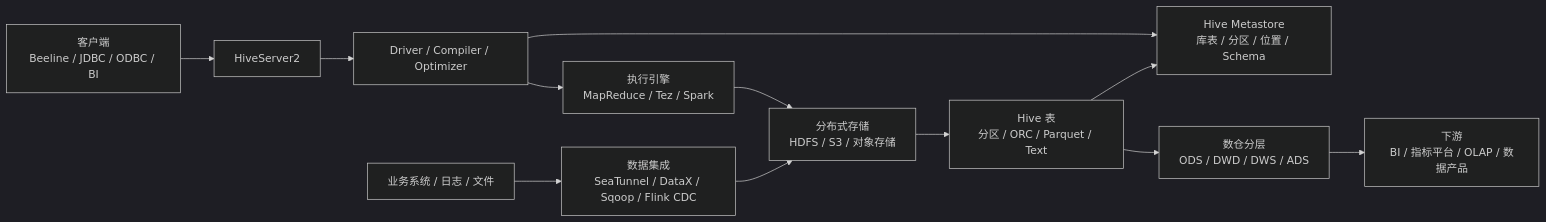
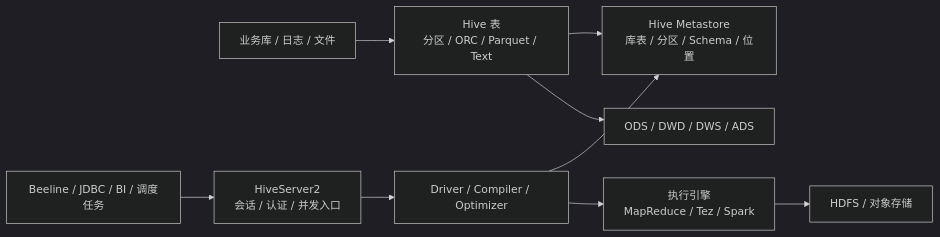
The diagram in 03_数据工程与数仓/0302_离线数仓/030202_Hive/AGENTS.md (cooker-code/knowledge), drawn with Mermaid (dark theme) before and after one commit. The commit also changed other lines of this file and 6048 other files, not shown here.

````diff
--- a/03_数据工程与数仓/0302_离线数仓/030202_Hive/AGENTS.md
+++ b/03_数据工程与数仓/0302_离线数仓/030202_Hive/AGENTS.md
@@ -34,14 +35,11 @@
 ```mermaid
 flowchart LR
-  S["业务系统 / 日志 / 文件"] --> I["数据集成\nSeaTunnel / DataX / Sqoop / Flink CDC"]
-  I --> HDFS["分布式存储\nHDFS / S3 / 对象存储"]
-  HDFS --> T["Hive 表\n分区 / ORC / Parquet / Text"]
-  T --> HMS["Hive Metastore\n库表 / 分区 / 位置 / Schema"]
-  Client["客户端\nBeeline / JDBC / ODBC / BI"] --> HS2["HiveServer2"]
+  Source["业务库 / 日志 / 文件"] --> Table["Hive 表\n分区 / ORC / Parquet / Text"]
+  Table --> HMS["Hive Metastore\n库表 / 分区 / Schema / 位置"]
+  Client["Beeline / JDBC / BI / 调度任务"] --> HS2["HiveServer2\n会话 / 认证 / 并发入口"]
   HS2 --> Driver["Driver / Compiler / Optimizer"]
   Driver --> HMS
   Driver --> Engine["执行引擎\nMapReduce / Tez / Spark"]
-  Engine --> HDFS
-  T --> DW["数仓分层\nODS / DWD / DWS / ADS"]
-  DW --> Down["下游\nBI / 指标平台 / OLAP / 数据产品"]
+  Engine --> Store["HDFS / 对象存储"]
+  Table --> DW["ODS / DWD / DWS / ADS"]
 ```
````
